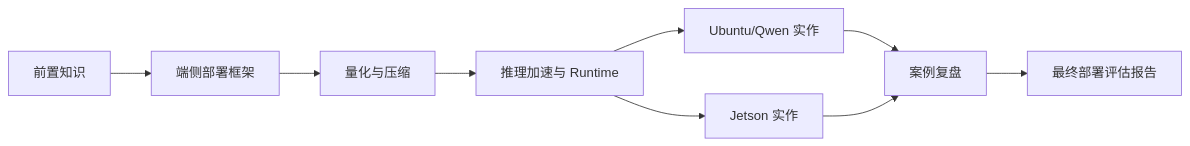
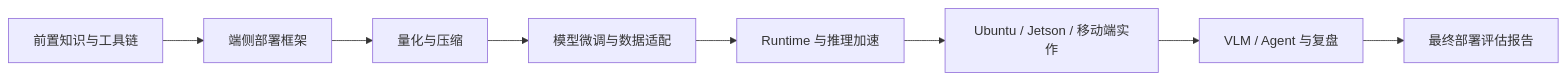
Before and after one commit to skyswordw/edge-ai-deployment-course: the diagram in docs/intro.md, drawn with Mermaid. The commit also changed other lines of this file and 14 other files, not shown here.

````diff
--- a/docs/intro.md
+++ b/docs/intro.md
@@ -23,11 +26,10 @@
 ```mermaid
 flowchart LR
-  A[前置知识] --> B[端侧部署框架]
+  A[前置知识与工具链] --> B[端侧部署框架]
   B --> C[量化与压缩]
-  C --> D[推理加速与 Runtime]
-  D --> E[Ubuntu/Qwen 实作]
-  D --> F[Jetson 实作]
-  E --> G[案例复盘]
-  F --> G
+  C --> D[模型微调与数据适配]
+  D --> E[Runtime 与推理加速]
+  E --> F[Ubuntu / Jetson / 移动端实作]
+  F --> G[VLM / Agent 与复盘]
   G --> H[最终部署评估报告]
 ```
````
